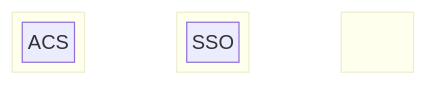
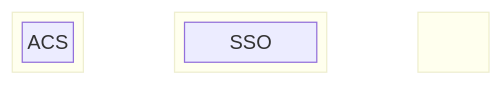
Before and after one commit to mikehadlow/samlproxy: the first of 2 diagrams in README.md, drawn with Mermaid.

Commit message:
block spacing

````diff
--- a/README.md
+++ b/README.md
@@ -6,23 +6,23 @@
 ```mermaid
 block-beta
-    columns 5
-    block:SP
+    columns 6
+    block:SP:1
         columns 1
         SP
         ACS
     end
-    space
-    block:Proxy
+    space:1
+    block:Proxy:2
         columns 2
         SSO
         Proxy
         Proxy
         ACS
     end
-    space
-    block:IdP
+    space:1
+    block:IdP:1
         columns 1
         SSO
         IdP
     end
 ```
````
